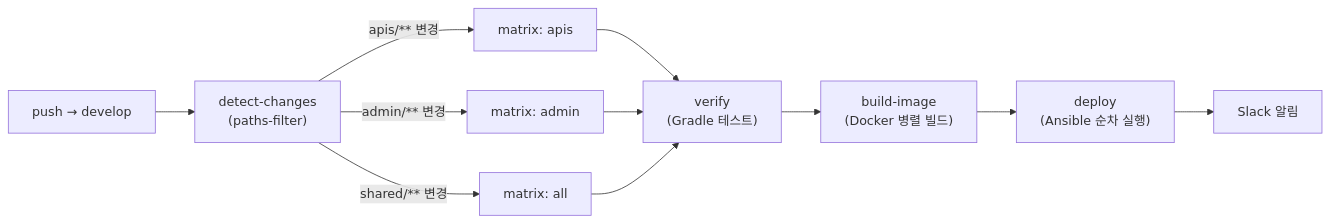
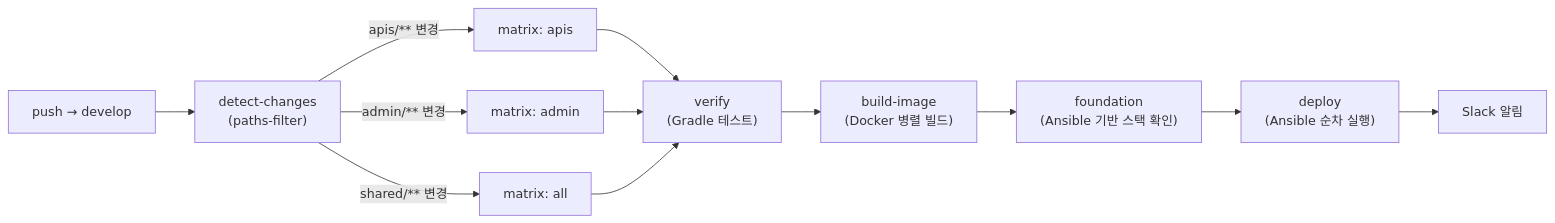
Before and after one commit to TEAM-BEAT/BEAT-SERVER: the second of 10 diagrams in infra/README.md, drawn with Mermaid. The commit also changed other lines of this file and 7 other files, not shown here.

````diff
--- a/infra/README.md
+++ b/infra/README.md
@@ -178,11 +178,12 @@
 ```mermaid
 flowchart LR
     A["push → develop"] --> B["detect-changes<br/>(paths-filter)"]
     B -->|"apis/** 변경"| C["matrix: apis"]
     B -->|"admin/** 변경"| D["matrix: admin"]
     B -->|"shared/** 변경"| E["matrix: all"]
     C & D & E --> F["verify<br/>(Gradle 테스트)"]
     F --> G["build-image<br/>(Docker 병렬 빌드)"]
-    G --> H["deploy<br/>(Ansible 순차 실행)"]
-    H --> I["Slack 알림"]
+    G --> H["foundation<br/>(Ansible 기반 스택 확인)"]
+    H --> I["deploy<br/>(Ansible 순차 실행)"]
+    I --> J["Slack 알림"]
 ```
````
